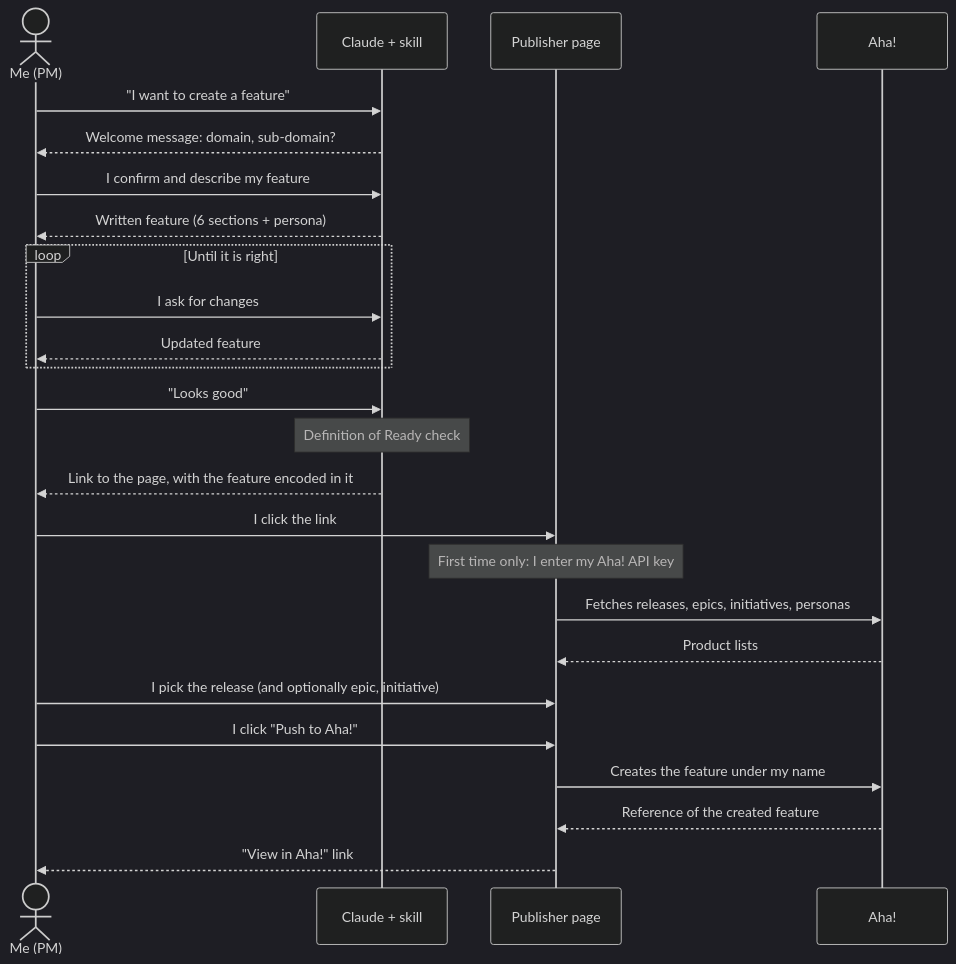
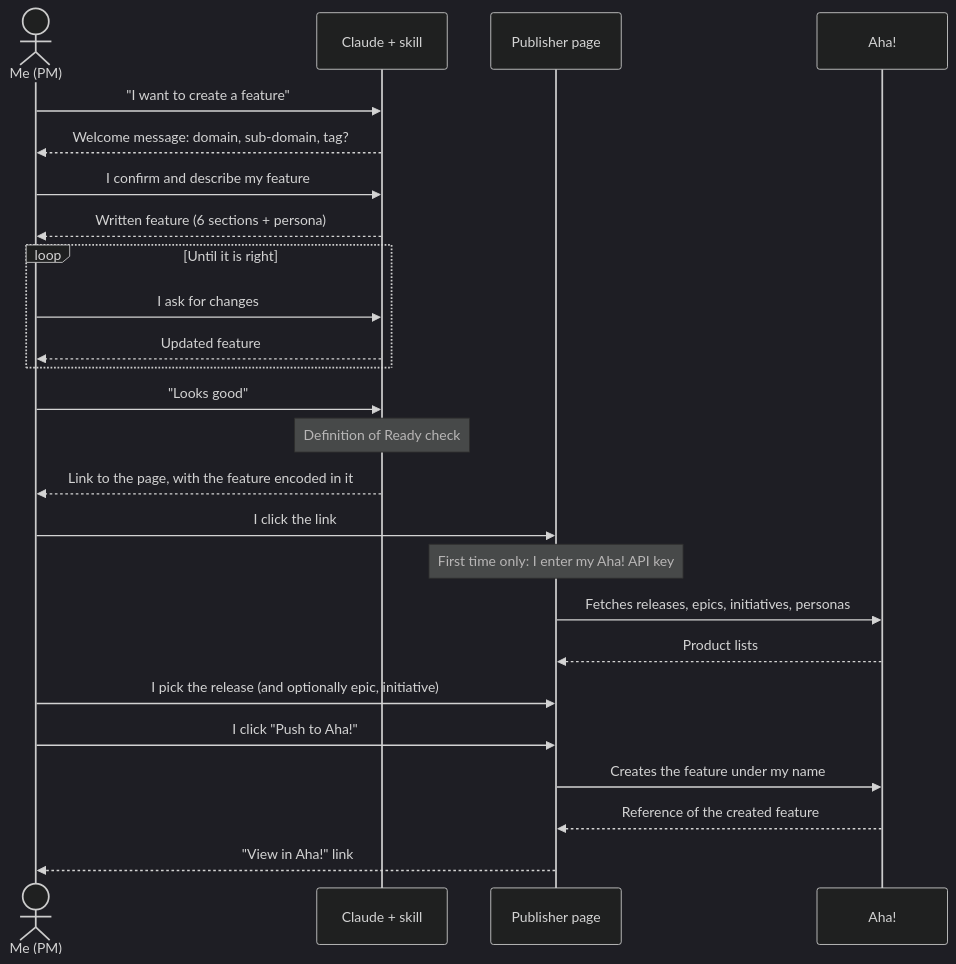
The second of 2 diagrams in aha/README.md (berenaud/cegid-retail), drawn with Mermaid (dark theme) before and after one commit. The commit also changed other lines of this file, not shown here.

````diff
--- a/aha/README.md
+++ b/aha/README.md
@@ -155,28 +145,28 @@
 ```mermaid
 sequenceDiagram
     actor PM as Me (PM)
     participant C as Claude + skill
     participant P as Publisher page
     participant A as Aha!
 
     PM->>C: "I want to create a feature"
-    C-->>PM: Welcome message: domain, sub-domain?
+    C-->>PM: Welcome message: domain, sub-domain, tag?
     PM->>C: I confirm and describe my feature
     C-->>PM: Written feature (6 sections + persona)
     loop Until it is right
         PM->>C: I ask for changes
         C-->>PM: Updated feature
     end
     PM->>C: "Looks good"
     Note over C: Definition of Ready check
     C-->>PM: Link to the page, with the feature encoded in it
     PM->>P: I click the link
     Note over P: First time only: I enter my Aha! API key
     P->>A: Fetches releases, epics, initiatives, personas
     A-->>P: Product lists
     PM->>P: I pick the release (and optionally epic, initiative)
     PM->>P: I click "Push to Aha!"
     P->>A: Creates the feature under my name
     A-->>P: Reference of the created feature
     P-->>PM: "View in Aha!" link
 ```
````
